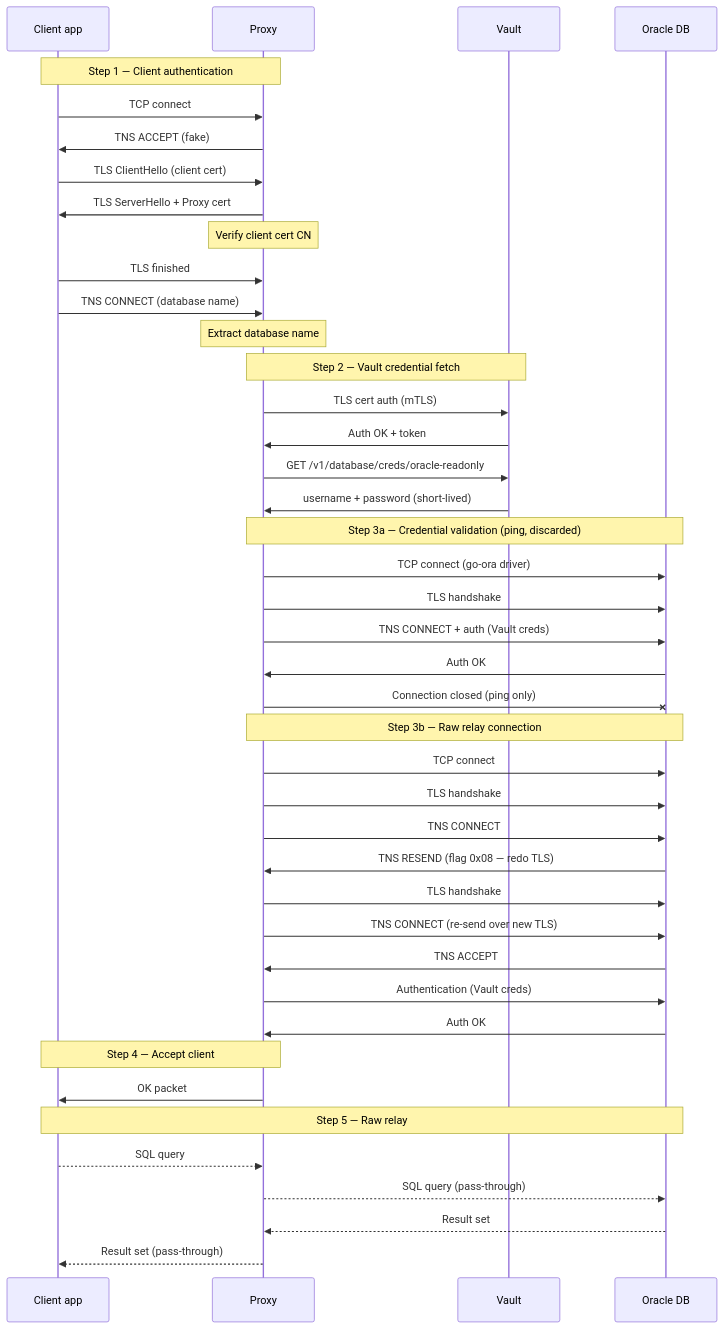
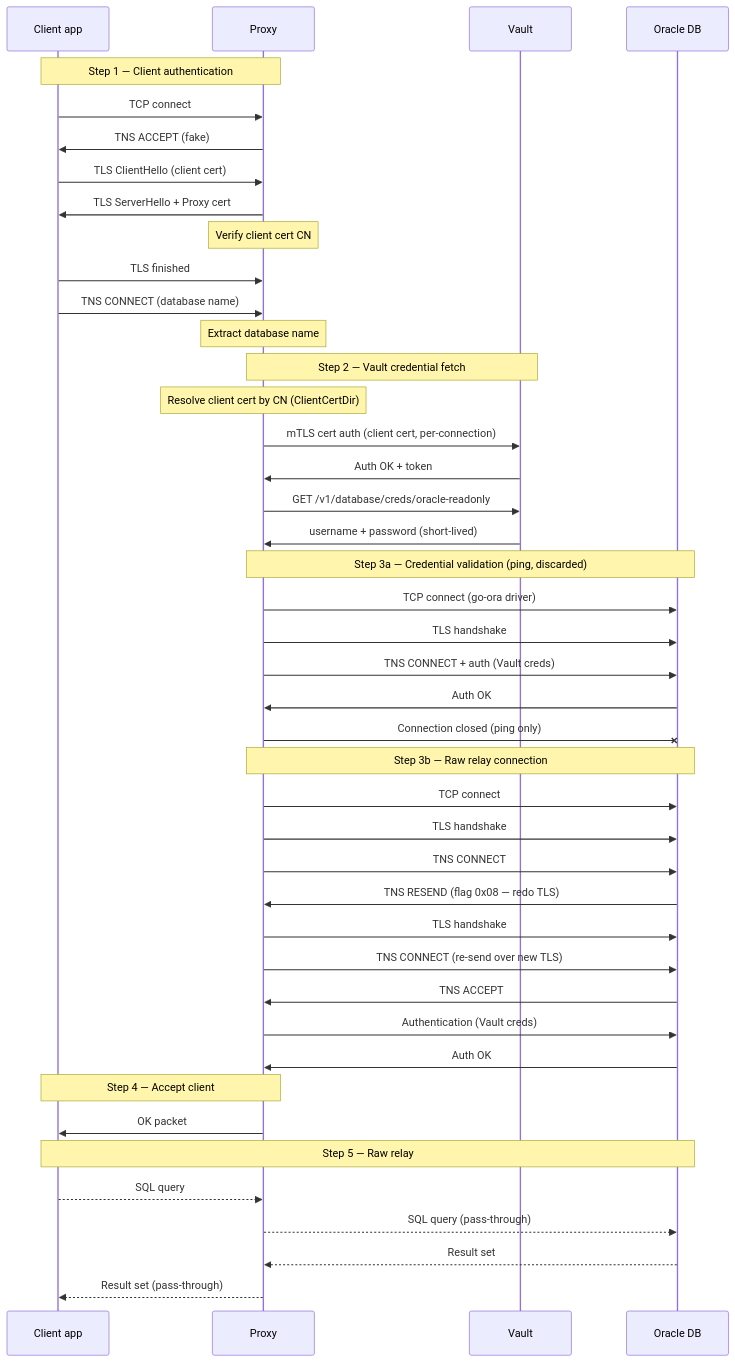
The second of 2 diagrams in docs/oracle-proxy-overview.md (matmazurk/database-proxy), drawn with Mermaid before and after one commit. The commit also changed other lines of this file, not shown here.

Commit message:
update diagram

````diff
--- a/docs/oracle-proxy-overview.md
+++ b/docs/oracle-proxy-overview.md
@@ -39,50 +40,51 @@
 ```mermaid
 sequenceDiagram
     participant C as Client app
     participant P as Proxy
     participant V as Vault
     participant O as Oracle DB
 
     Note over C,P: Step 1 — Client authentication
     C->>P: TCP connect
     P->>C: TNS ACCEPT (fake)
     C->>P: TLS ClientHello (client cert)
     P->>C: TLS ServerHello + Proxy cert
     Note over P: Verify client cert CN
     C->>P: TLS finished
     C->>P: TNS CONNECT (database name)
     Note over P: Extract database name
 
     Note over P,V: Step 2 — Vault credential fetch
-    P->>V: TLS cert auth (mTLS)
+    Note over P: Resolve client cert by CN (ClientCertDir)
+    P->>V: mTLS cert auth (client cert, per-connection)
     V->>P: Auth OK + token
     P->>V: GET /v1/database/creds/oracle-readonly
     V->>P: username + password (short-lived)
 
     Note over P,O: Step 3a — Credential validation (ping, discarded)
     P->>O: TCP connect (go-ora driver)
     P->>O: TLS handshake
     P->>O: TNS CONNECT + auth (Vault creds)
     O->>P: Auth OK
     P-xO: Connection closed (ping only)
 
     Note over P,O: Step 3b — Raw relay connection
     P->>O: TCP connect
     P->>O: TLS handshake #1
     P->>O: TNS CONNECT
     O->>P: TNS RESEND (flag 0x08 — redo TLS)
     P->>O: TLS handshake #2 (same TCP socket)
     P->>O: TNS CONNECT (re-send over new TLS)
     O->>P: TNS ACCEPT
     P->>O: Authentication (Vault creds)
     O->>P: Auth OK
 
     Note over C,P: Step 4 — Accept client
     P->>C: OK packet
 
     Note over C,O: Step 5 — Raw relay
     C-->>P: SQL query
     P-->>O: SQL query (pass-through)
     O-->>P: Result set
     P-->>C: Result set (pass-through)
 ```
````
